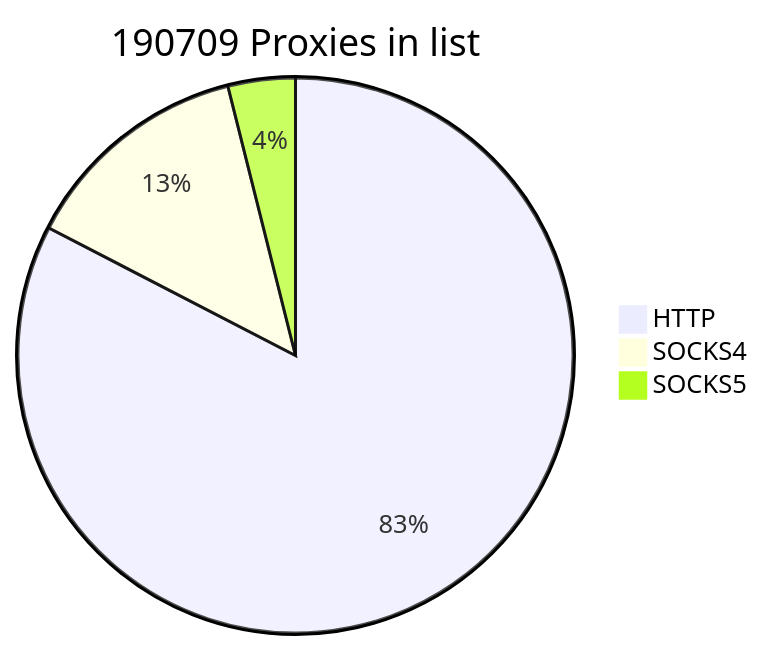
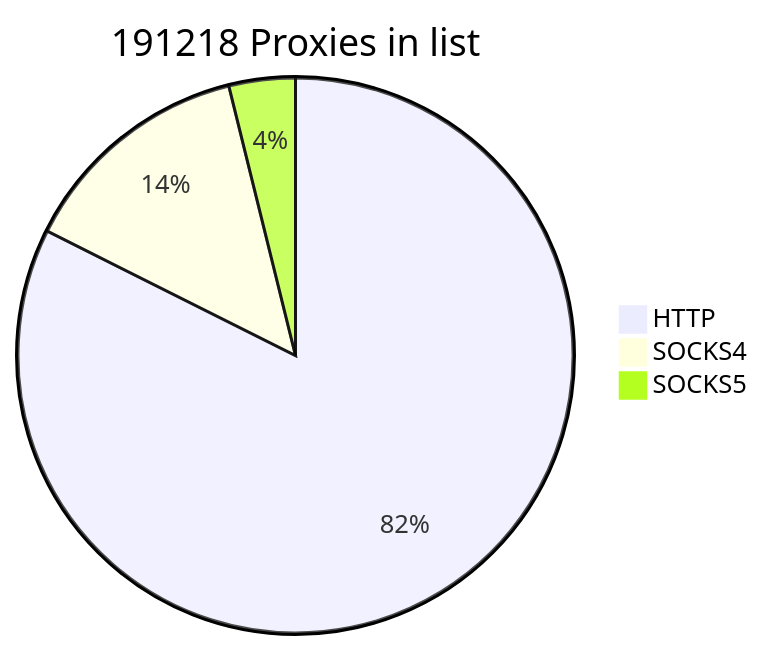
The first of 2 diagrams in README.md (cutipu/proxylist), drawn with Mermaid before and after one commit. The commit also changed other lines of this file, not shown here.

````diff
--- a/README.md
+++ b/README.md
@@ -2,7 +2,7 @@
 ```mermaid
-pie title 190709 Proxies in list
-    "HTTP" : 157523
-    "SOCKS4" : 25720
-    "SOCKS5" : 7466
+pie title 191218 Proxies in list
+    "HTTP" : 157549
+    "SOCKS4" : 26290
+    "SOCKS5" : 7379
             
 ```
````
